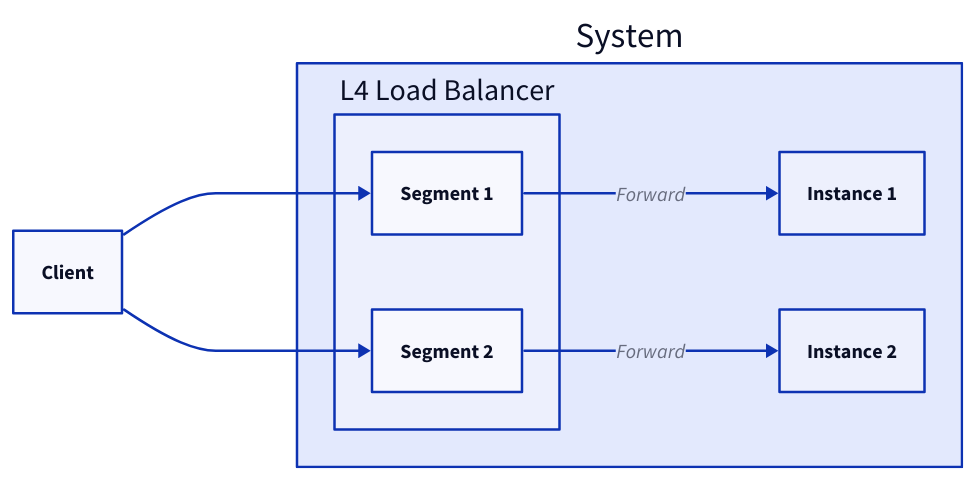
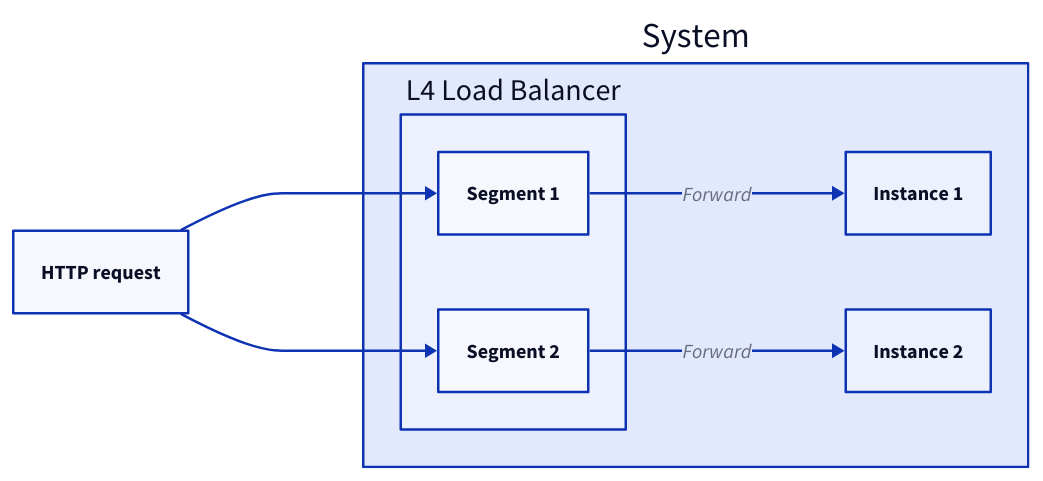
One commit to link1905/system-design-101 changed diagram 19 of 20 in content/docs/web-service/load-balancer.md. Above: the diagram before and after it, drawn with D2. The commit also changed other lines of this file and 31 other files, not shown here.

````diff
--- a/content/docs/web-service/load-balancer.md
+++ b/content/docs/web-service/load-balancer.md
@@ -667,23 +667,21 @@
 ```d2
 
 direction: right
 s: System {
     lb: L4 Load Balancer {
         s1: Segment 1
         s2: Segment 2
     }
     s1: Instance 1 {
        class: server
     }
     s2: Instance 2 {
        class: server
     }
     lb.s1 -> s1: Forward
     lb.s2 -> s2: Forward
 }
-c: Client {
-  class: client
-}
+c: HTTP request
 c -> s.lb.s1
 c -> s.lb.s2
 ```
````
